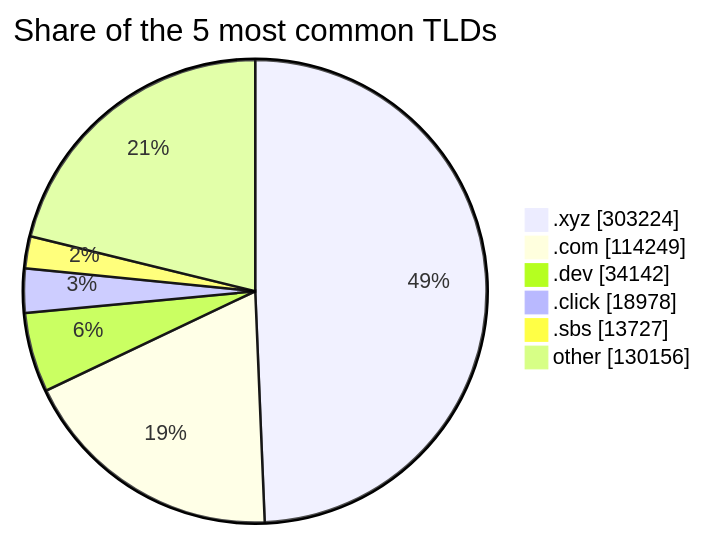
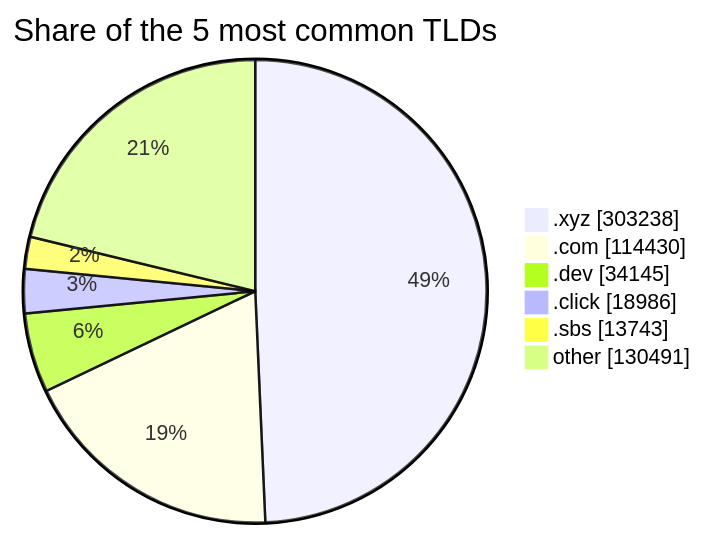
The third of 3 diagrams in README.md (DNSBunker/CTI), drawn with Mermaid before and after one commit. The commit also changed other lines of this file and 3 other files, not shown here.

````diff
--- a/README.md
+++ b/README.md
@@ -81,9 +81,9 @@
 ```mermaid
 pie showData title Share of the 5 most common TLDs
-    ".xyz" : 303224
-    ".com" : 114249
-    ".dev" : 34142
-    ".click" : 18978
-    ".sbs" : 13727
-    "other" : 130156
+    ".xyz" : 303238
+    ".com" : 114430
+    ".dev" : 34145
+    ".click" : 18986
+    ".sbs" : 13743
+    "other" : 130491
 ```
````
